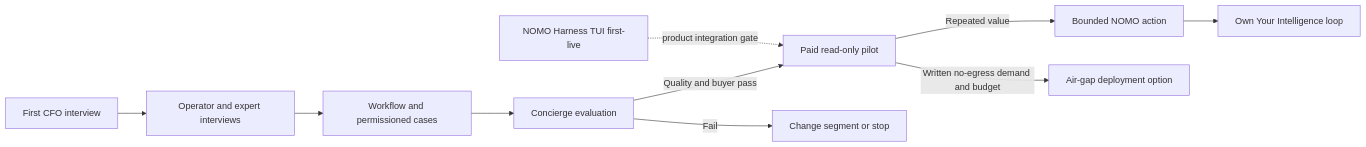
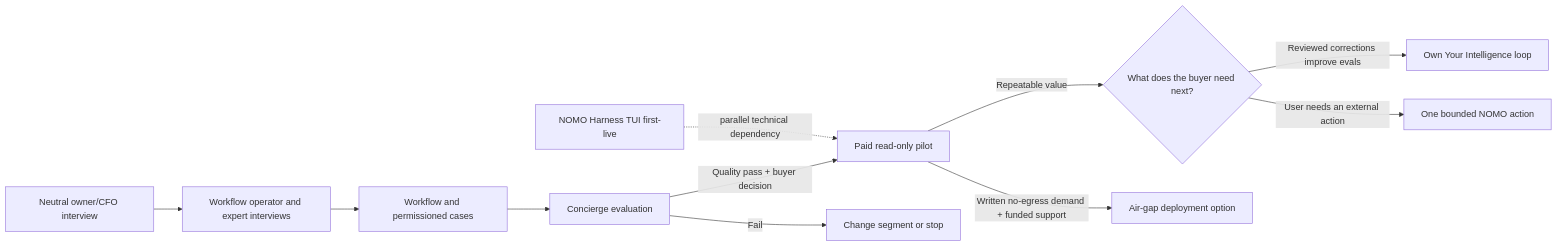
One commit to Dawe583/nomo changed the diagram in docs/strategy/2026-10-27-nomoyc-integrated-roadmap.md. Above: the diagram before and after it, drawn with Mermaid. The commit also changed other lines of this file and 14 other files, not shown here.

````diff
--- a/docs/strategy/2026-10-27-nomoyc-integrated-roadmap.md
+++ b/docs/strategy/2026-10-27-nomoyc-integrated-roadmap.md
@@ -9,12 +18,13 @@
 ```mermaid
 flowchart LR
-  A[First CFO interview] --> B[Operator and expert interviews]
+  A[Neutral owner/CFO interview] --> B[Workflow operator and expert interviews]
   B --> C[Workflow and permissioned cases]
   C --> D[Concierge evaluation]
-  D -->|Quality and buyer pass| E[Paid read-only pilot]
+  D -->|Quality pass + buyer decision| E[Paid read-only pilot]
   D -->|Fail| X[Change segment or stop]
-  E -->|Repeated value| F[Bounded NOMO action]
-  F --> G[Own Your Intelligence loop]
-  E -->|Written no-egress demand and budget| H[Air-gap deployment option]
-  N[NOMO Harness TUI first-live] -. product integration gate .-> E
+  E -->|Repeatable value| Q{What does the buyer need next?}
+  Q -->|Reviewed corrections improve evals| G[Own Your Intelligence loop]
+  Q -->|User needs an external action| F[One bounded NOMO action]
+  E -->|Written no-egress demand + funded support| H[Air-gap deployment option]
+  N[NOMO Harness TUI first-live] -. parallel technical dependency .-> E
 ```
````
